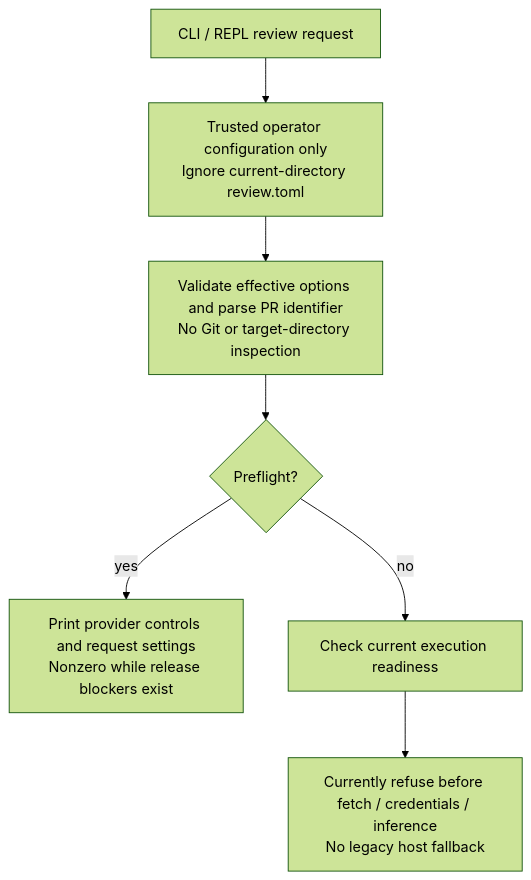
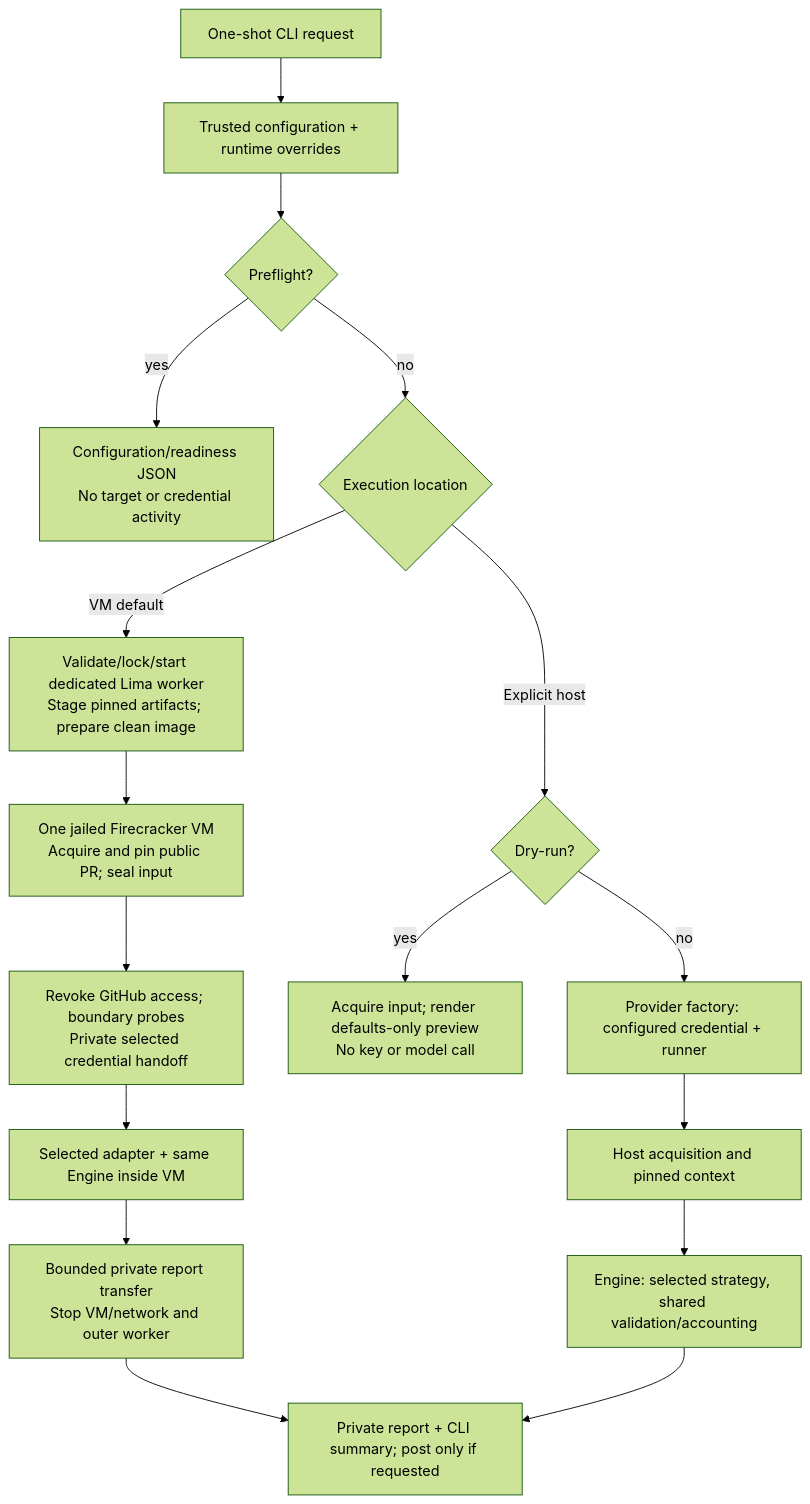
One commit to sskelkar/code-reviewer changed the second of 4 diagrams in docs/architecture.md. Above: the diagram before and after it, drawn with Mermaid (forest theme). The commit also changed other lines of this file and 52 other files, not shown here.

Commit message:
Wire VM-default reviews and explicit host execution

````diff
--- a/docs/architecture.md
+++ b/docs/architecture.md
@@ -32,9 +32,19 @@
 ```mermaid
 flowchart TD
-    ENTRY["CLI / REPL review request"] --> CFG["Trusted operator configuration only<br/>Ignore current-directory review.toml"]
-    CFG --> REQUEST["Validate effective options and parse PR identifier<br/>No Git or target-directory inspection"]
-    REQUEST --> CHECK{"Preflight?"}
-    CHECK -->|yes| JSON["Print provider controls and request settings<br/>Nonzero while release blockers exist"]
-    CHECK -->|no| GATE["Check current execution readiness"]
-    GATE --> STOP["Currently refuse before fetch / credentials / inference<br/>No legacy host fallback"]
+    ENTRY["One-shot CLI request"] --> CFG["Trusted configuration + runtime overrides"]
+    CFG --> PRE{"Preflight?"}
+    PRE -->|yes| JSON["Configuration/readiness JSON<br/>No target or credential activity"]
+    PRE -->|no| LOC{"Execution location"}
+    LOC -->|"VM default"| WORKER["Validate/lock/start dedicated Lima worker<br/>Stage pinned artifacts; prepare clean image"]
+    WORKER --> VM["One jailed Firecracker VM<br/>Acquire and pin public PR; seal input"]
+    VM --> CHECKS["Revoke GitHub access; boundary probes<br/>Private selected credential handoff"]
+    CHECKS --> GUEST["Selected adapter + same Engine inside VM"]
+    GUEST --> EXPORT["Bounded private report transfer<br/>Stop VM/network and outer worker"]
+    EXPORT --> OUT
+    LOC -->|"Explicit host"| DRY{"Dry-run?"}
+    DRY -->|yes| INPUT["Acquire input; render defaults-only preview<br/>No key or model call"]
+    DRY -->|no| RUNNER["Provider factory: configured credential + runner"]
+    RUNNER --> ACQ["Host acquisition and pinned context"]
+    ACQ --> CORE["Engine: selected strategy, shared validation/accounting"]
+    CORE --> OUT["Private report + CLI summary; post only if requested"]
 ```
````
